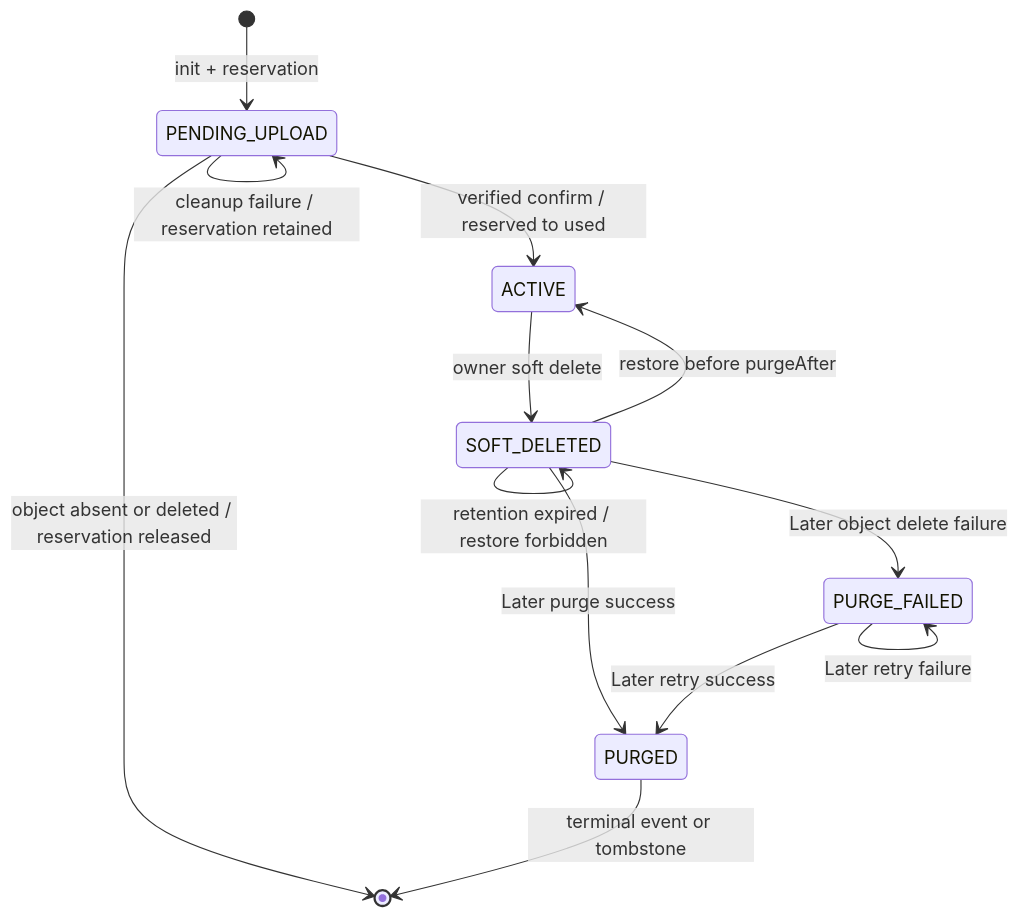
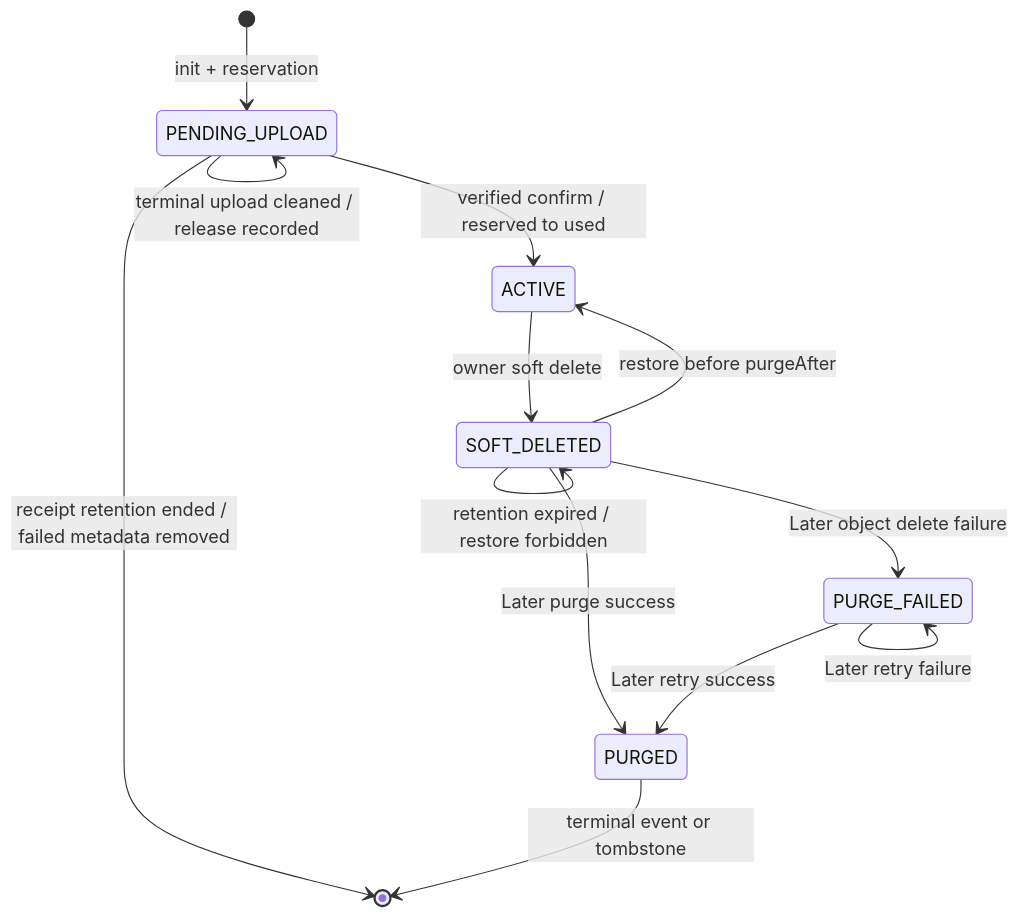
One commit to ngymarcy88/adattarolas-a-felhoben changed the second of 3 diagrams in docs/03_design/data_model.md. Above: the diagram before and after it, drawn with Mermaid. The commit also changed other lines of this file and 7 other files, not shown here.

````diff
--- a/docs/03_design/data_model.md
+++ b/docs/03_design/data_model.md
@@ -229,15 +314,16 @@
 ```mermaid
 stateDiagram-v2
     [*] --> PENDING_UPLOAD: init + reservation
     PENDING_UPLOAD --> ACTIVE: verified confirm / reserved to used
     PENDING_UPLOAD --> PENDING_UPLOAD: cleanup failure / reservation retained
-    PENDING_UPLOAD --> [*]: object absent or deleted / reservation released
+    PENDING_UPLOAD --> PENDING_UPLOAD: terminal upload cleaned / release recorded
+    PENDING_UPLOAD --> [*]: receipt retention ended / failed metadata removed
     ACTIVE --> SOFT_DELETED: owner soft delete
     SOFT_DELETED --> ACTIVE: restore before purgeAfter
     SOFT_DELETED --> SOFT_DELETED: retention expired / restore forbidden
     SOFT_DELETED --> PURGED: Later purge success
     SOFT_DELETED --> PURGE_FAILED: Later object delete failure
     PURGE_FAILED --> PURGE_FAILED: Later retry failure
     PURGE_FAILED --> PURGED: Later retry success
     PURGED --> [*]: terminal event or tombstone
 ```
````
